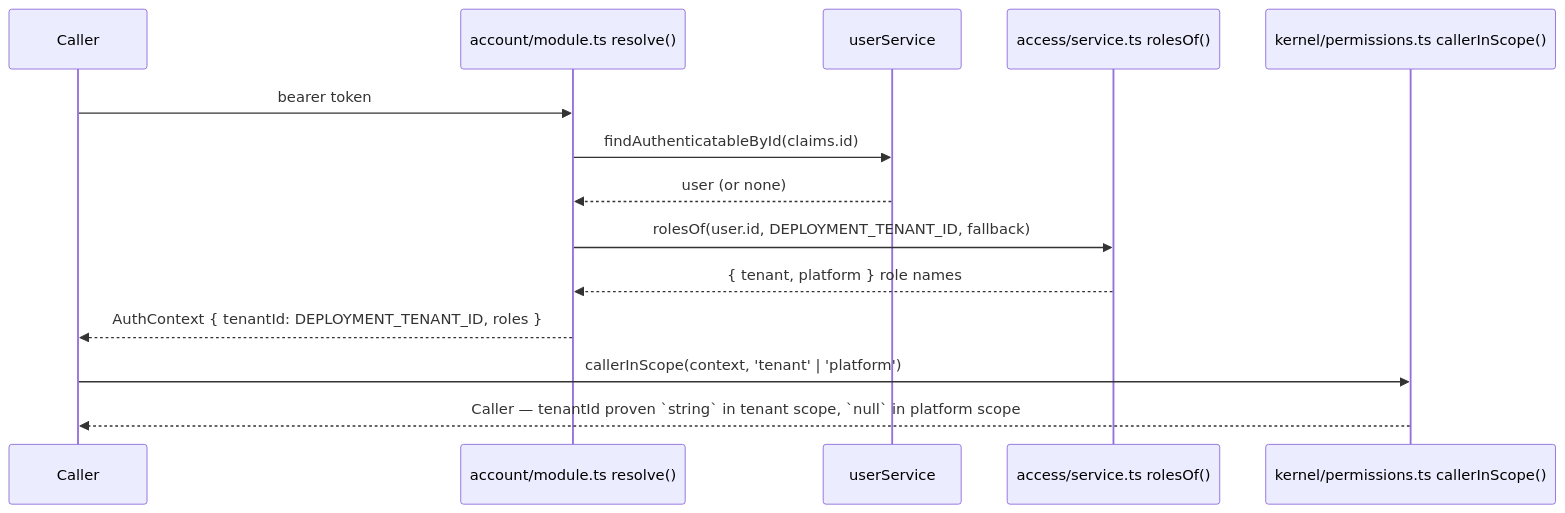
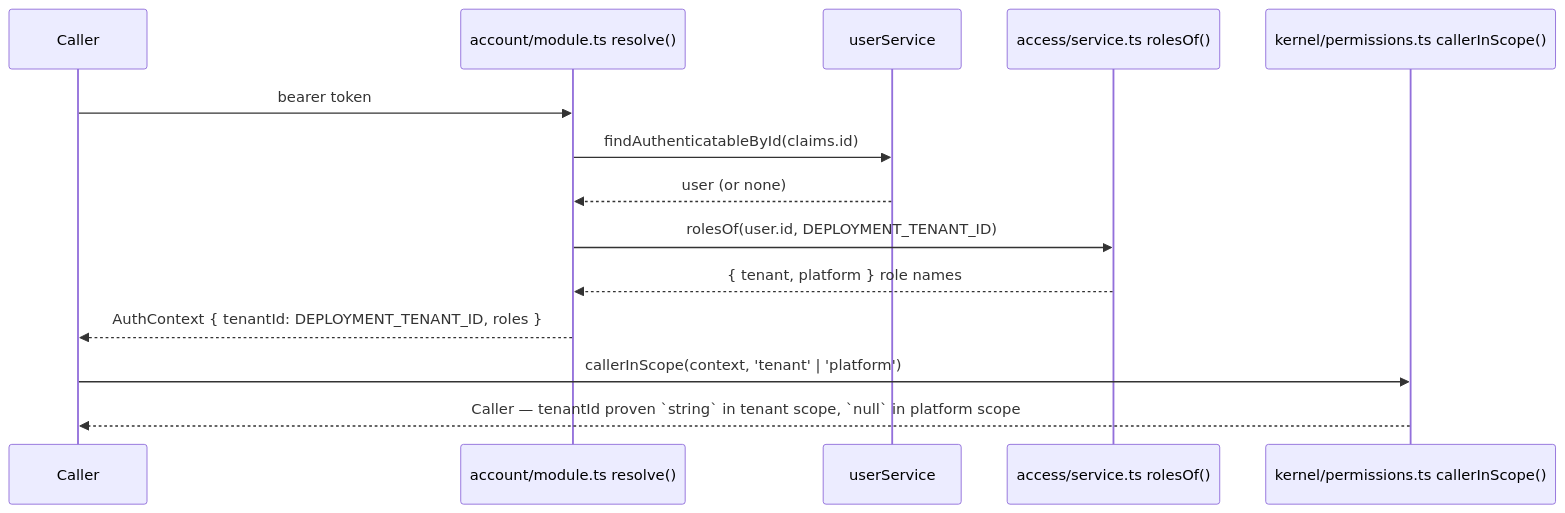
The third of 3 diagrams in docs/theory/tenancy.md (Guebbit/boilerplate-node-backend), drawn with Mermaid before and after one commit. The commit also changed 21 other files, not shown here.

````diff
--- a/docs/theory/tenancy.md
+++ b/docs/theory/tenancy.md
@@ -109,17 +109,17 @@
 ```mermaid
 sequenceDiagram
     participant C as Caller
     participant R as account/module.ts resolve()
     participant U as userService
     participant S as access/service.ts rolesOf()
     participant P as kernel/permissions.ts callerInScope()
 
     C->>R: bearer token
     R->>U: findAuthenticatableById(claims.id)
     U-->>R: user (or none)
-    R->>S: rolesOf(user.id, DEPLOYMENT_TENANT_ID, fallback)
+    R->>S: rolesOf(user.id, DEPLOYMENT_TENANT_ID)
     S-->>R: { tenant, platform } role names
     R-->>C: AuthContext { tenantId: DEPLOYMENT_TENANT_ID, roles }
     C->>P: callerInScope(context, 'tenant' | 'platform')
     P-->>C: Caller — tenantId proven `string` in tenant scope, `null` in platform scope
 ```
````
